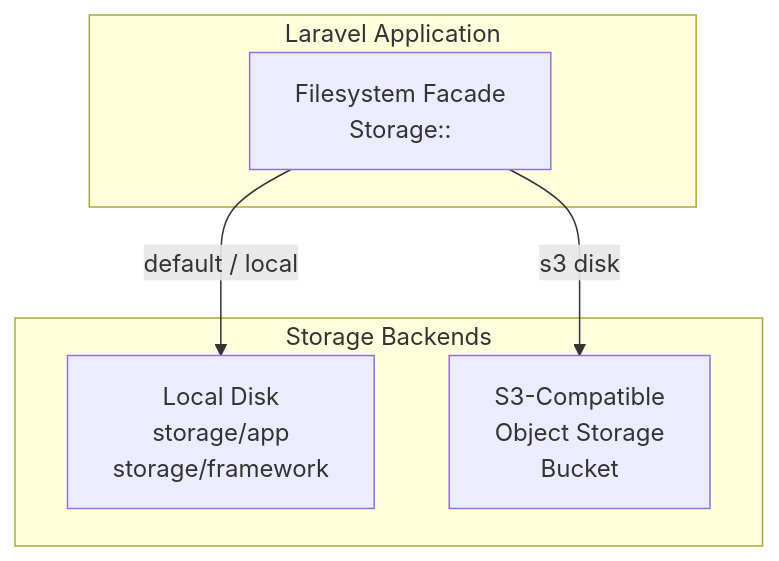
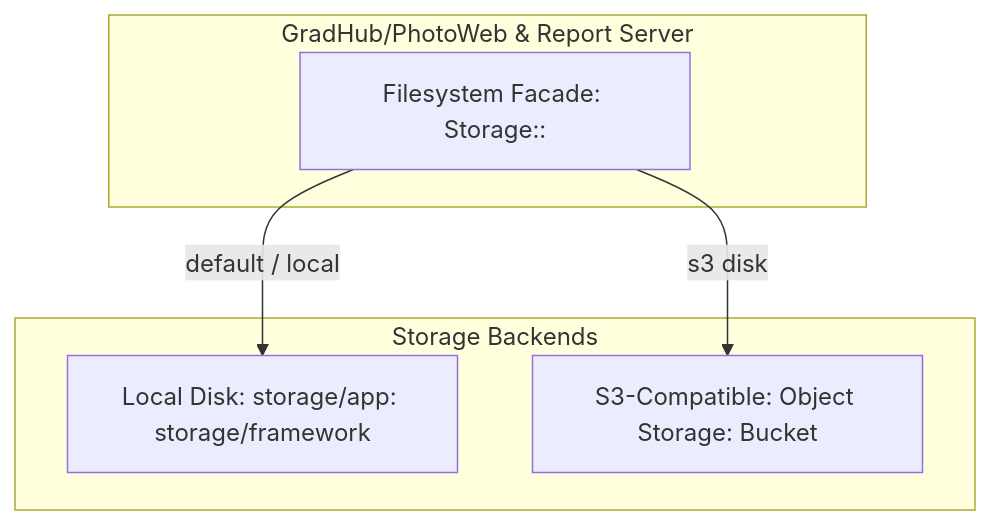
One commit to yeremko/gatest changed the sixth of 7 diagrams in architecture.md. Above: the diagram before and after it, drawn with Mermaid. The commit also changed other lines of this file, not shown here.

````diff
--- a/architecture.md
+++ b/architecture.md
@@ -152,14 +163,14 @@
 ```mermaid
 flowchart TB
-    subgraph LaravelApp["Laravel Application"]
-        FS[Filesystem Facade\nStorage::]
+    subgraph Apps["GradHub/PhotoWeb & Report Server"]
+        FS[Filesystem Facade: Storage::]
     end
 
     subgraph Backends["Storage Backends"]
-        Local[Local Disk\nstorage/app\nstorage/framework]
-        S3[S3-Compatible\nObject Storage\nBucket]
+        Local[Local Disk: storage/app: storage/framework]
+        S3[S3-Compatible: Object Storage: Bucket]
     end
 
     FS -->|default / local| Local
     FS -->|s3 disk| S3
 ```
````
